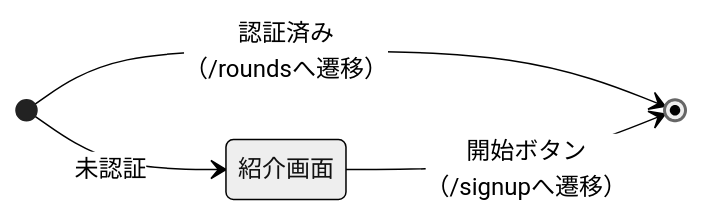
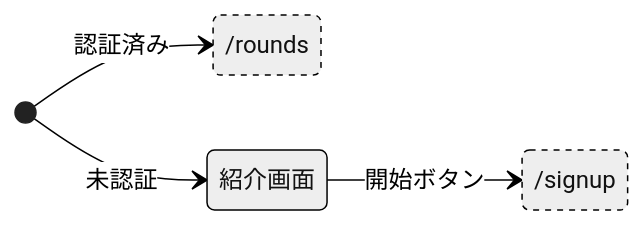
The first of 10 diagrams in docs/screen-state.md (yukiyamasaki6/aims), drawn with Mermaid (neutral theme) before and after one commit. The commit also changed other lines of this file, not shown here.

First line of the commit message:
docs: screen-state.mdの状態遷移図の表記を整理する (#355)

````diff
--- a/docs/screen-state.md
+++ b/docs/screen-state.md
@@ -9,8 +9,14 @@
 ```mermaid
 stateDiagram-v2
     direction LR
+    state "/rounds" as Rounds
+    state "/signup" as SignUp
+
     [*] --> 紹介画面: 未認証
-    [*] --> [*]: 認証済み<br/>（/roundsへ遷移）
+    [*] --> Rounds: 認証済み
 
-    紹介画面 --> [*]: 開始ボタン<br/>（/signupへ遷移）
+    紹介画面 --> SignUp: 開始ボタン
+
+    classDef external stroke-dasharray: 4 4
+    class Rounds,SignUp external
 ```
````
